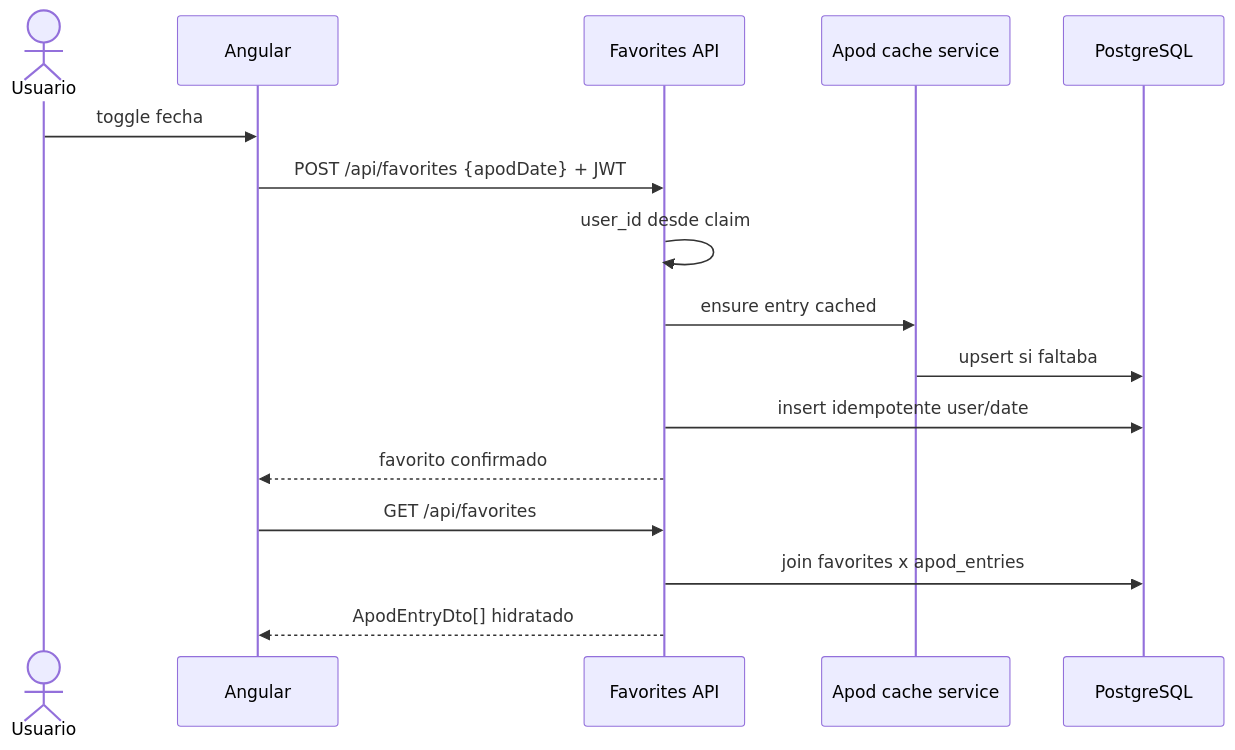
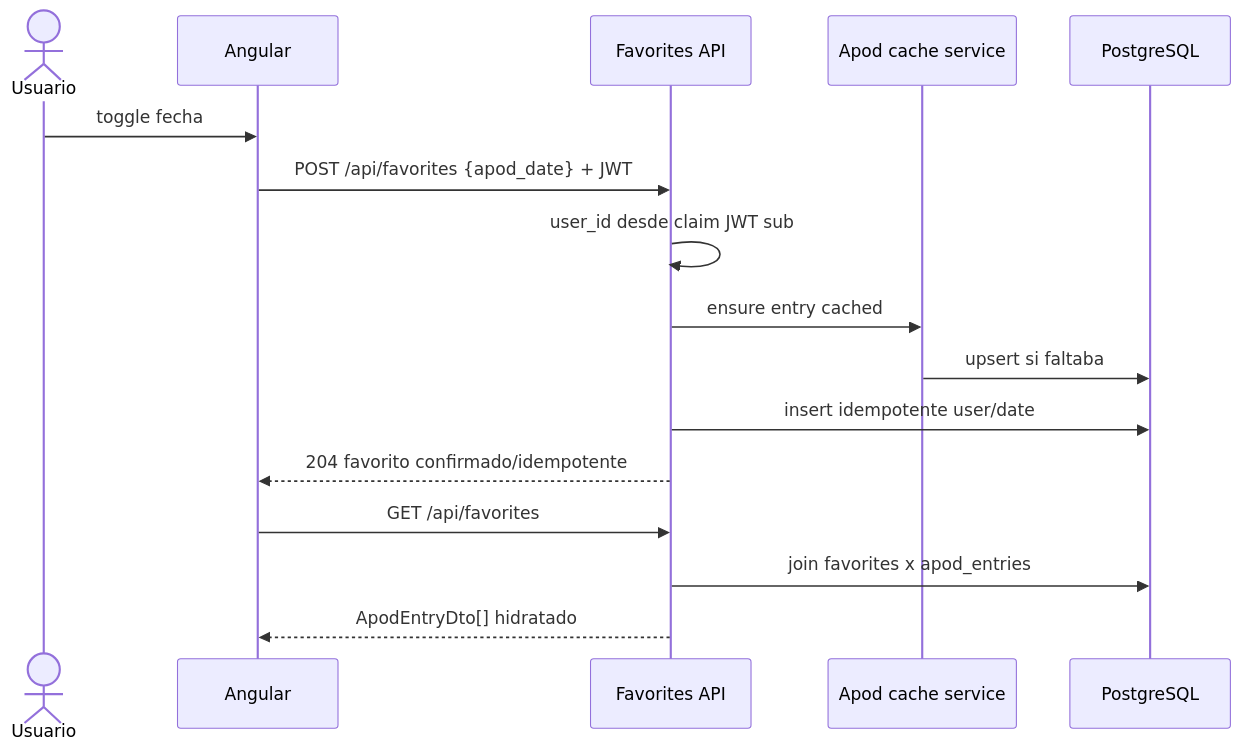
Before and after one commit to VCinthia/Astronomy-Picture-Explorer: the seventh of 9 diagrams in docs/architecture/p3-flow-overview.md, drawn with Mermaid. The commit also changed other lines of this file and 12 other files, not shown here.

First line of the commit message:
feat: add authenticated APOD favorites

````diff
--- a/docs/architecture/p3-flow-overview.md
+++ b/docs/architecture/p3-flow-overview.md
@@ -190,19 +190,19 @@
 ```mermaid
 sequenceDiagram
     actor U as Usuario
     participant FE as Angular
     participant API as Favorites API
     participant APOD as Apod cache service
     participant DB as PostgreSQL
 
     U->>FE: toggle fecha
-    FE->>API: POST /api/favorites {apodDate} + JWT
-    API->>API: user_id desde claim
+    FE->>API: POST /api/favorites {apod_date} + JWT
+    API->>API: user_id desde claim JWT sub
     API->>APOD: ensure entry cached
     APOD->>DB: upsert si faltaba
     API->>DB: insert idempotente user/date
-    API-->>FE: favorito confirmado
+    API-->>FE: 204 favorito confirmado/idempotente
     FE->>API: GET /api/favorites
     API->>DB: join favorites x apod_entries
     API-->>FE: ApodEntryDto[] hidratado
 ```
````
